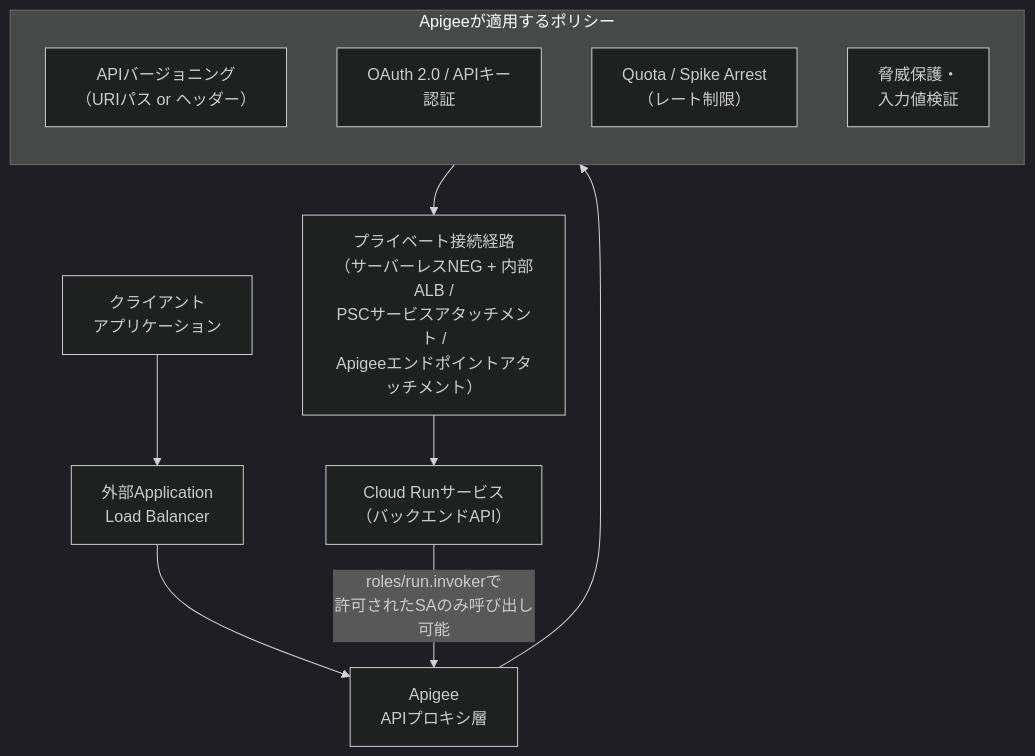
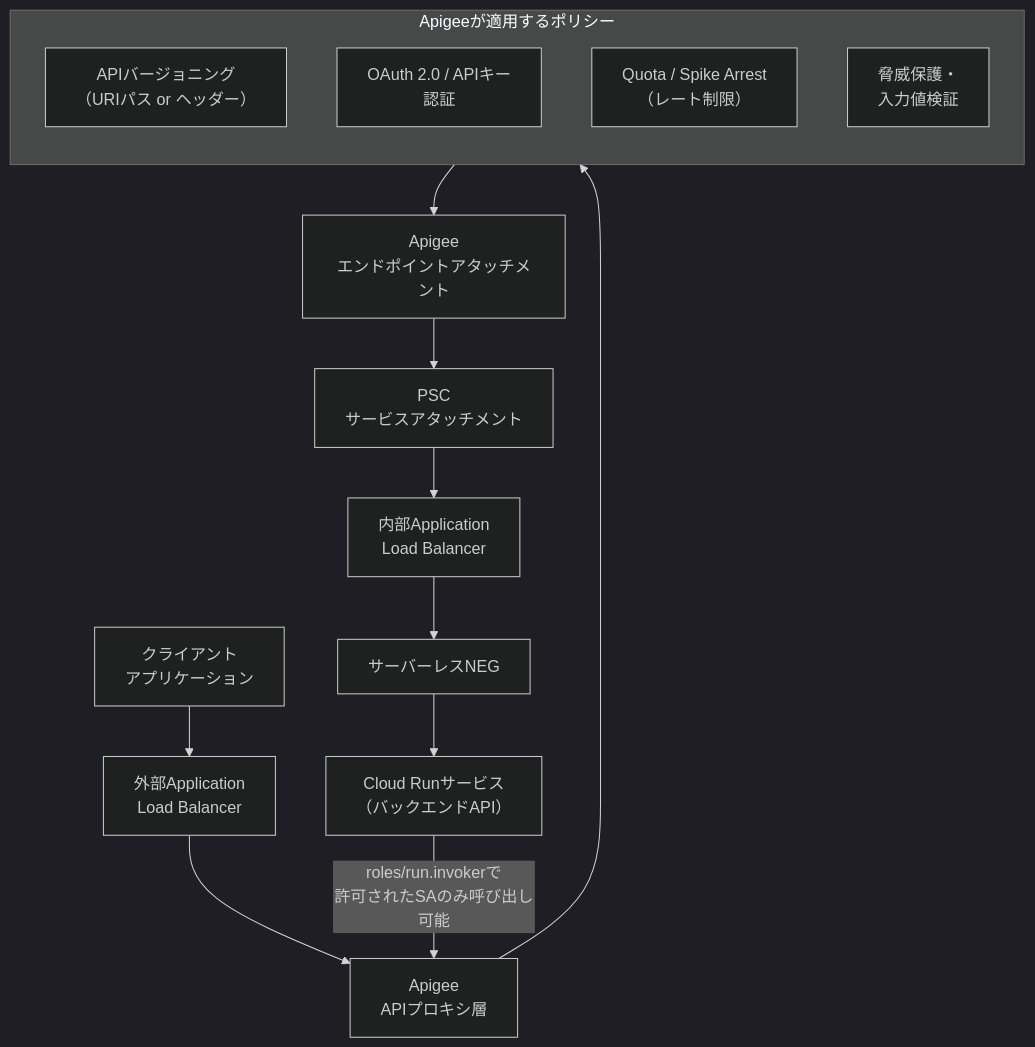
One commit to myoshi2891/Cloud-Infrastructure-Studies changed the fifth of 8 diagrams in Gcp-professional-cloud-developer-section3.md. Above: the diagram before and after it, drawn with Mermaid (dark theme). The commit also changed other lines of this file and 2 other files, not shown here.

````diff
--- a/Gcp-professional-cloud-developer-section3.md
+++ b/Gcp-professional-cloud-developer-section3.md
@@ -220,19 +223,22 @@
 ```mermaid
 flowchart TB
     CLIENT["クライアント<br/>アプリケーション"] --> LB["外部Application<br/>Load Balancer"]
     LB --> APIGEE["Apigee<br/>APIプロキシ層"]
 
     subgraph APIGEE_POLICIES["Apigeeが適用するポリシー"]
         direction TB
         P1["APIバージョニング<br/>（URIパス or ヘッダー）"]
         P2["OAuth 2.0 / APIキー<br/>認証"]
         P3["Quota / Spike Arrest<br/>（レート制限）"]
         P4["脅威保護・<br/>入力値検証"]
     end
 
     APIGEE --> APIGEE_POLICIES
-    APIGEE_POLICIES --> PRIVATE["プライベート接続経路<br/>（サーバーレスNEG + 内部ALB /<br/>PSCサービスアタッチメント /<br/>Apigeeエンドポイントアタッチメント）"]
-    PRIVATE --> RUN["Cloud Runサービス<br/>（バックエンドAPI）"]
+    APIGEE_POLICIES --> EPATTACH["Apigee<br/>エンドポイントアタッチメント"]
+    EPATTACH --> PSCSA["PSC<br/>サービスアタッチメント"]
+    PSCSA --> ILB["内部Application<br/>Load Balancer"]
+    ILB --> SNEG["サーバーレスNEG"]
+    SNEG --> RUN["Cloud Runサービス<br/>（バックエンドAPI）"]
 
     RUN -->|"roles/run.invokerで<br/>許可されたSAのみ呼び出し可能"| APIGEE
 ```
````
